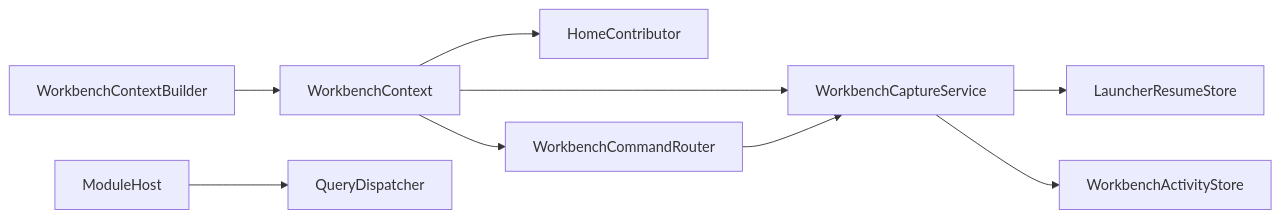
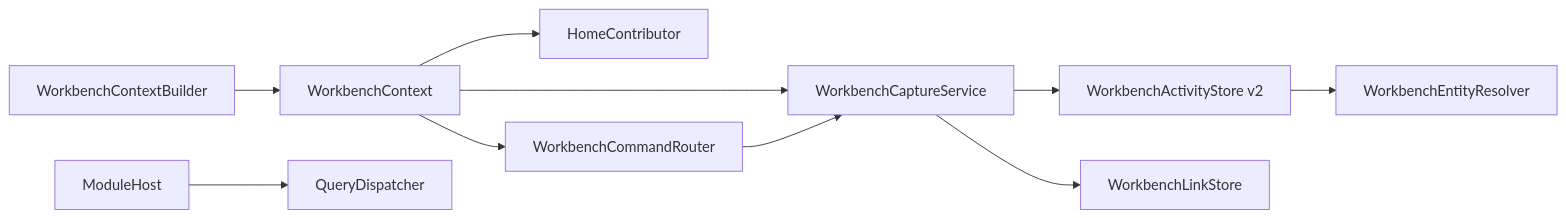
The second of 2 diagrams in docs/ARCHITECTURE.md (dyxnb22/Luma), drawn with Mermaid before and after one commit. The commit also changed other lines of this file and 33 other files, not shown here.

Commit message:
Refactor state management and UI flows

````diff
--- a/docs/ARCHITECTURE.md
+++ b/docs/ARCHITECTURE.md
@@ -141,11 +141,12 @@
 ```mermaid
 flowchart LR
     Builder[WorkbenchContextBuilder] --> WCtx[WorkbenchContext]
     WCtx --> Home[HomeContributor]
     WCtx --> Capture[WorkbenchCaptureService]
     WCtx --> Cmd[WorkbenchCommandRouter]
-    Capture --> Resume[LauncherResumeStore]
-    Capture --> Activity[WorkbenchActivityStore]
+    Capture --> Activity[WorkbenchActivityStore v2]
+    Capture --> Links[WorkbenchLinkStore]
+    Activity --> Resolver[WorkbenchEntityResolver]
     Cmd --> Capture
     MH[ModuleHost] --> QD[QueryDispatcher]
 ```
````
